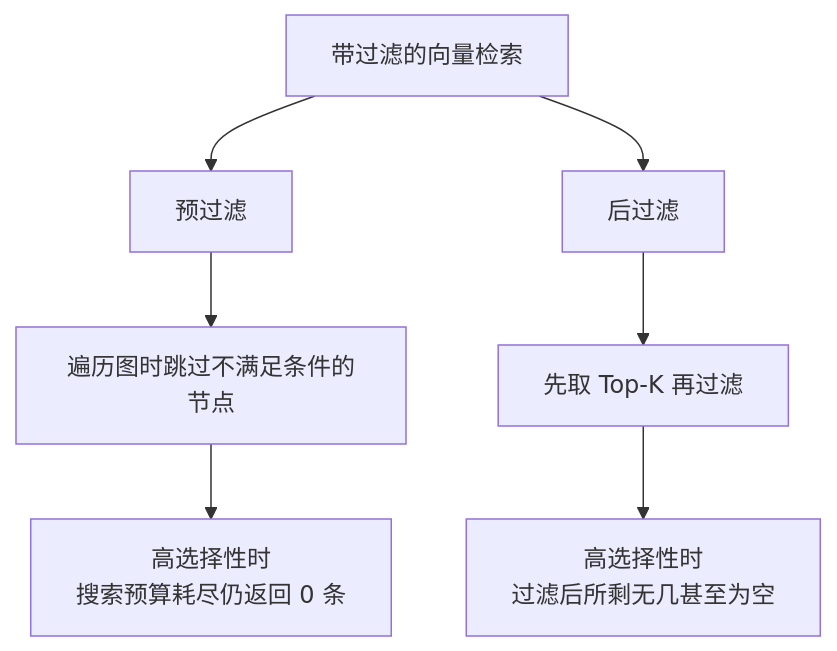
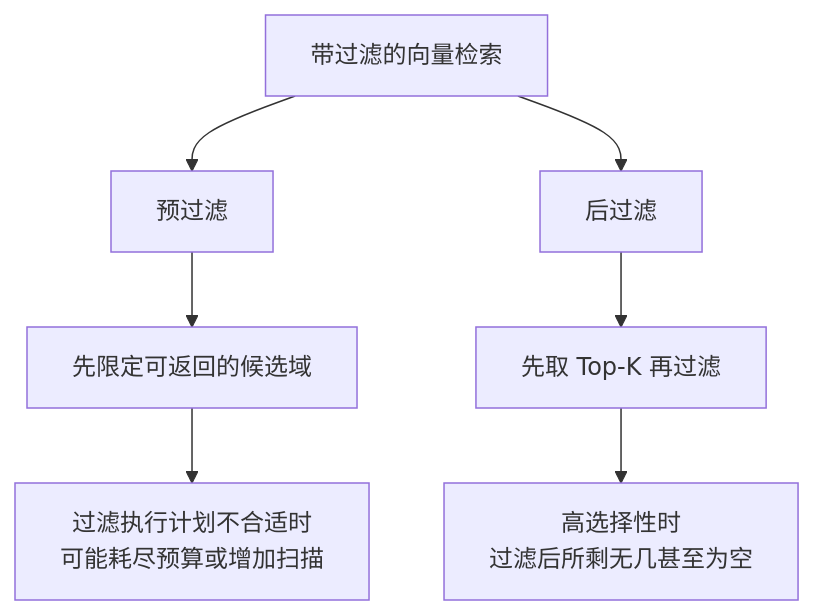
Before and after one commit to oneleaveknowsthefall/awesome-ai-roadmap: the second of 3 diagrams in docs/rag/02-ingestion-indexing/08-vector-database.md, drawn with Mermaid. The commit also changed other lines of this file and 61 other files, not shown here.

````diff
--- a/docs/rag/02-ingestion-indexing/08-vector-database.md
+++ b/docs/rag/02-ingestion-indexing/08-vector-database.md
@@ -104,11 +108,11 @@
 ```mermaid
 flowchart TB
     F[带过滤的向量检索] --> PRE[预过滤]
     F --> POST[后过滤]
 
-    PRE --> PRE1[遍历图时跳过不满足条件的节点]
-    PRE1 --> PRE2[高选择性时<br/>搜索预算耗尽仍返回 0 条]
+    PRE --> PRE1[先限定可返回的候选域]
+    PRE1 --> PRE2[过滤执行计划不合适时<br/>可能耗尽预算或增加扫描]
 
     POST --> POST1[先取 Top-K 再过滤]
     POST1 --> POST2[高选择性时<br/>过滤后所剩无几甚至为空]
 ```
````
